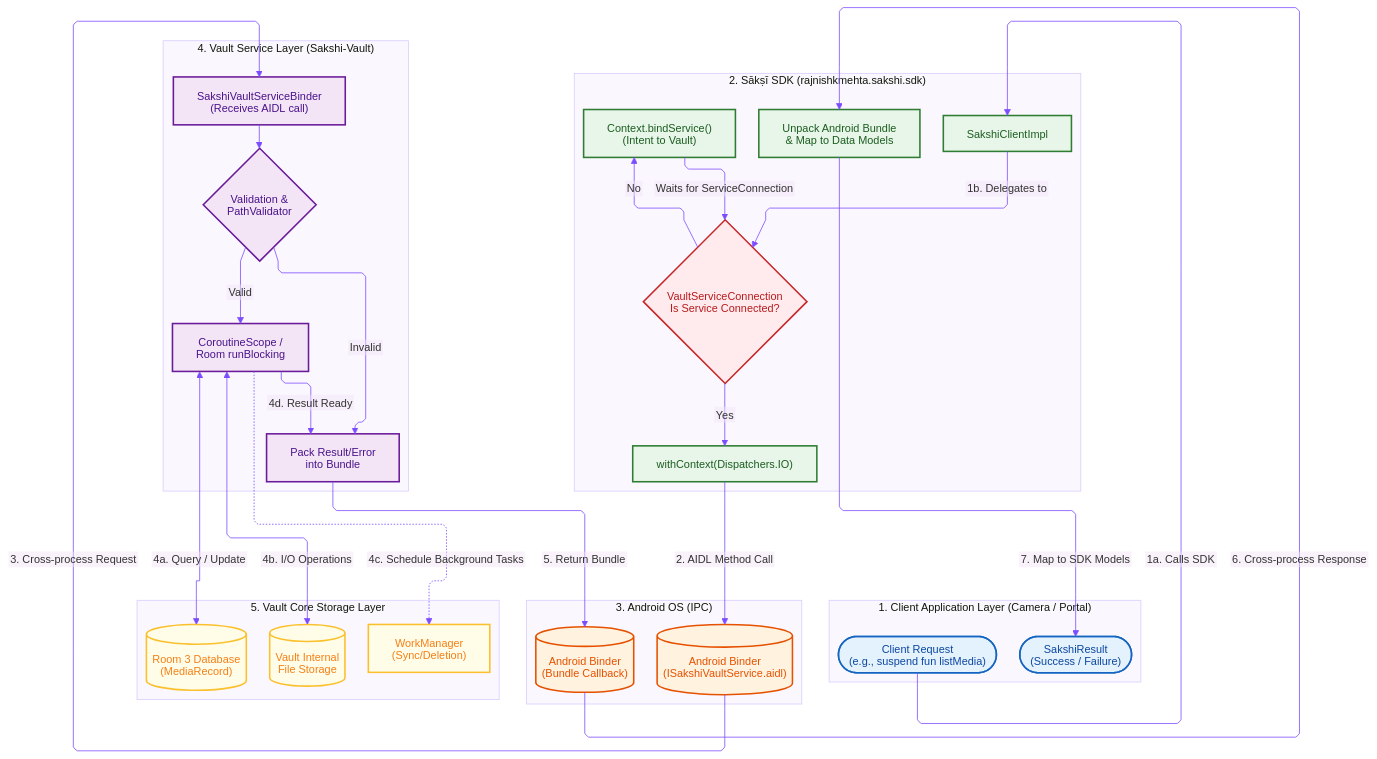
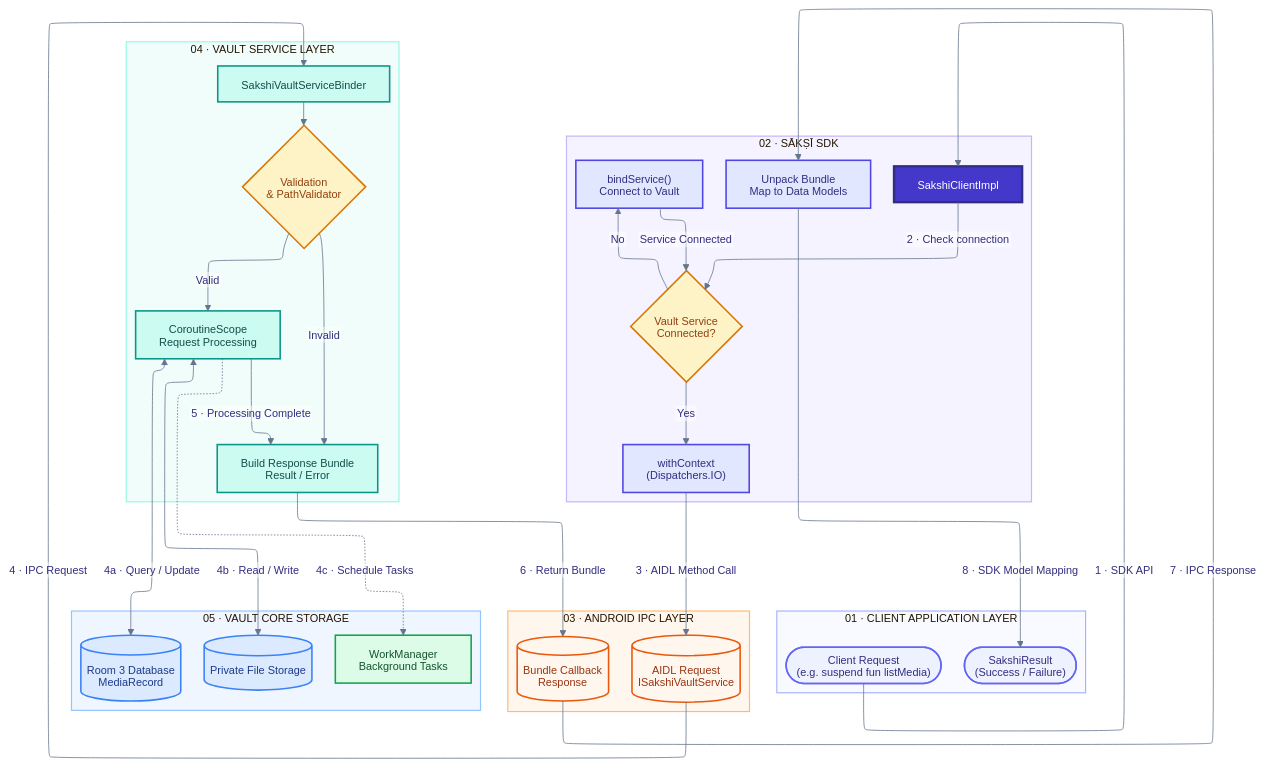
One commit to RajnishKMehta/Sakshi-All changed the diagram in 00_docs/developer-guide/concepts/architecture-flow.md. Above: the diagram before and after it, drawn with Mermaid.

````diff
--- a/00_docs/developer-guide/concepts/architecture-flow.md
+++ b/00_docs/developer-guide/concepts/architecture-flow.md
@@ -8,120 +8,128 @@
   layout: elk
   theme: base
   look: classic
-
-  # Typography
-  fontFamily: "Arial, sans-serif"
+  fontFamily: "Inter, Arial, sans-serif"
   htmlLabels: false
 
-  # Diagram colors and appearance
   themeVariables:
-    background: "#ffffff"
-
-    primaryColor: "#ffffff"
-    primaryTextColor: "#333333"
-    primaryBorderColor: "#7c4dff"
-
-    secondaryColor: "#f3e5f5"
-    secondaryTextColor: "#4a3b59"
-
-    tertiaryColor: "#ede7f6"
-    lineColor: "#7c4dff"
-    textColor: "#333333"
-
-    # Edge labels
-    edgeLabelBackground: "#f3e5f5"
-
-    # Subgraph containers
-    clusterBkg: "#faf7ff"
-    clusterBorder: "#d8ccff"
-
-    # Nodes and connections
-    nodeTextColor: "#333333"
-    defaultLinkColor: "#7c4dff"
-
-    # Font size
+    background: "#F8FAFC"
+    primaryColor: "#EEF2FF"
+    primaryTextColor: "#312E81"
+    primaryBorderColor: "#6366F1"
+    secondaryColor: "#CCFBF1"
+    secondaryTextColor: "#134E4A"
+    tertiaryColor: "#DBEAFE"
+    lineColor: "#64748B"
+    textColor: "#1E293B"
+    edgeLabelBackground: "#FFFFFF"
+    clusterBkg: "#FFFFFF"
+    clusterBorder: "#CBD5E1"
+    nodeTextColor: "#1E293B"
+    defaultLinkColor: "#64748B"
     fontSize: "14px"
 
-  # Flowchart layout
   flowchart:
-    nodeSpacing: 60
+    nodeSpacing: 55
     rankSpacing: 75
-    diagramPadding: 20
-    curve: linear
+    diagramPadding: 24
+    curve: basis
     inheritDir: true
+
 ---
-flowchart
-    %% Definitions
-    subgraph ClientLayer ["1. Client Application Layer (Camera / Portal)"]
-        ClientReq(["Client Request\n(e.g., suspend fun listMedia)"])
-        ClientRes(["SakshiResult\n(Success / Failure)"])
+flowchart TD
+
+    %% 1. CLIENT APPLICATION LAYER
+    subgraph ClientLayer["01 · CLIENT APPLICATION LAYER"]
+        direction LR
+        ClientReq(["Client Request<br/>(e.g. suspend fun listMedia)"])
+        ClientRes(["SakshiResult<br/>(Success / Failure)"])
     end
 
-    subgraph SDKLayer ["2. Sākṣī SDK (rajnishkmehta.sakshi.sdk)"]
+    %% 2. SDK LAYER
+    subgraph SDKLayer["02 · SĀKṢĪ SDK"]
+        direction TB
         SakshiClient["SakshiClientImpl"]
-        CheckConn{"VaultServiceConnection\nIs Service Connected?"}
-        BindService["Context.bindService()\n(Intent to Vault)"]
-        DispatchIO["withContext(Dispatchers.IO)"]
-        Unpack["Unpack Android Bundle\n& Map to Data Models"]
+        CheckConn{"Vault Service<br/>Connected?"}
+        BindService["bindService()<br/>Connect to Vault"]
+        DispatchIO["withContext<br/>(Dispatchers.IO)"]
+        Unpack["Unpack Bundle<br/>Map to Data Models"]
     end
 
-    subgraph OS ["3. Android OS (IPC)"]
-        BinderReq[("Android Binder\n(ISakshiVaultService.aidl)")]
-        BinderRes[("Android Binder\n(Bundle Callback)")]
+    %% 3. ANDROID IPC LAYER
+    subgraph OS["03 · ANDROID IPC LAYER"]
+        direction LR
+        BinderReq[("AIDL Request<br/>ISakshiVaultService")]
+        BinderRes[("Bundle Callback<br/>Response")]
     end
 
-    subgraph VaultLayer ["4. Vault Service Layer (Sakshi-Vault)"]
-        VaultBinder["SakshiVaultServiceBinder\n(Receives AIDL call)"]
-        Validate{"Validation &\nPathValidator"}
-        Processing["CoroutineScope /\nRoom runBlocking"]
-        PackBundle["Pack Result/Error\ninto Bundle"]
+    %% 4. VAULT SERVICE LAYER
+    subgraph VaultLayer["04 · VAULT SERVICE LAYER"]
+        direction TB
+        VaultBinder["SakshiVaultServiceBinder"]
+        Validate{"Validation<br/>& PathValidator"}
+        Processing["CoroutineScope<br/>Request Processing"]
+        PackBundle["Build Response Bundle<br/>Result / Error"]
     end
 
-    subgraph StorageLayer ["5. Vault Core Storage Layer"]
-        DB[("Room 3 Database\n(MediaRecord)")]
-        FileStore[("Vault Internal\nFile Storage")]
-        WorkManager["WorkManager\n(Sync/Deletion)"]
+    %% 5. CORE STORAGE LAYER
+    subgraph StorageLayer["05 · VAULT CORE STORAGE"]
+        direction LR
+        DB[("Room 3 Database<br/>MediaRecord")]
+        FileStore[("Private File Storage")]
+        WorkManager["WorkManager<br/>Background Tasks"]
     end
 
-    %% Flow - Request Phase
-    ClientReq -->|1a. Calls SDK| SakshiClient
-    SakshiClient -->|1b. Delegates to| CheckConn
-    CheckConn -- "No" --> BindService
-    BindService --> |"Waits for ServiceConnection"| CheckConn
-    CheckConn -- "Yes" --> DispatchIO
+    %% REQUEST FLOW
+    ClientReq -->|"1 · SDK API"| SakshiClient
+    SakshiClient -->|"2 · Check connection"| CheckConn
 
-    DispatchIO -->|2. AIDL Method Call| BinderReq
-    BinderReq -->|3. Cross-process Request| VaultBinder
+    CheckConn -->|"No"| BindService
+    BindService -->|"Service Connected"| CheckConn
+    CheckConn -->|"Yes"| DispatchIO
 
-    %% Flow - Vault Processing Phase
+    DispatchIO -->|"3 · AIDL Method Call"| BinderReq
+    BinderReq -->|"4 · IPC Request"| VaultBinder
+
+    %% VAULT PROCESSING
     VaultBinder --> Validate
-    Validate -- "Valid" --> Processing
-    Validate -- "Invalid" --> PackBundle
 
-    Processing <-->|4a. Query / Update| DB
-    Processing <-->|4b. I/O Operations| FileStore
-    Processing -.->|4c. Schedule Background Tasks| WorkManager
+    Validate -->|"Valid"| Processing
+    Validate -->|"Invalid"| PackBundle
 
-    Processing -->|4d. Result Ready| PackBundle
+    Processing <-->|"4a · Query / Update"| DB
+    Processing <-->|"4b · Read / Write"| FileStore
+    Processing -.->|"4c · Schedule Tasks"| WorkManager
 
-    %% Flow - Response Phase
-    PackBundle -->|5. Return Bundle| BinderRes
-    BinderRes -->|6. Cross-process Response| Unpack
-    Unpack -->|7. Map to SDK Models| ClientRes
+    Processing -->|"5 · Processing Complete"| PackBundle
 
-    %% Styling classes
-    classDef client fill:#e3f2fd,stroke:#1565c0,stroke-width:2px,color:#0d47a1
-    classDef sdk fill:#e8f5e9,stroke:#2e7d32,stroke-width:2px,color:#1b5e20
-    classDef os fill:#fff3e0,stroke:#e65100,stroke-width:2px,color:#e65100
-    classDef vault fill:#f3e5f5,stroke:#6a1b9a,stroke-width:2px,color:#4a148c
-    classDef storage fill:#fffde7,stroke:#fbc02d,stroke-width:2px,color:#f57f17
-    classDef check fill:#ffebee,stroke:#c62828,stroke-width:2px,color:#b71c1c
+    %% RESPONSE FLOW
+    PackBundle -->|"6 · Return Bundle"| BinderRes
+    BinderRes -->|"7 · IPC Response"| Unpack
+    Unpack -->|"8 · SDK Model Mapping"| ClientRes
 
-    %% Apply styles
+    %% NODE STYLES
+    classDef client fill:#EEF2FF,stroke:#6366F1,stroke-width:2px,color:#312E81
+    classDef sdk fill:#E0E7FF,stroke:#4F46E5,stroke-width:2px,color:#312E81
+    classDef sdkCore fill:#4338CA,stroke:#312E81,stroke-width:3px,color:#FFFFFF
+    classDef decision fill:#FEF3C7,stroke:#D97706,stroke-width:2px,color:#92400E
+    classDef os fill:#FFF7ED,stroke:#EA580C,stroke-width:2px,color:#9A3412
+    classDef vault fill:#CCFBF1,stroke:#0D9488,stroke-width:2px,color:#134E4A
+    classDef storage fill:#DBEAFE,stroke:#3B82F6,stroke-width:2px,color:#1E3A8A
+    classDef background fill:#DCFCE7,stroke:#16A34A,stroke-width:2px,color:#14532D
+
     class ClientReq,ClientRes client
-    class SakshiClient,BindService,DispatchIO,Unpack sdk
-    class CheckConn check
+    class SakshiClient sdkCore
+    class BindService,DispatchIO,Unpack sdk
+    class CheckConn,Validate decision
     class BinderReq,BinderRes os
-    class VaultBinder,Validate,Processing,PackBundle vault
-    class DB,FileStore,WorkManager storage
+    class VaultBinder,Processing,PackBundle vault
+    class DB,FileStore storage
+    class WorkManager background
+
+    %% LAYER STYLES
+    style ClientLayer fill:#F8FAFF,stroke:#A5B4FC,stroke-width:1.5px,color:#3730A3
+    style SDKLayer fill:#F5F3FF,stroke:#C4B5FD,stroke-width:1.5px,color:#5B21B6
+    style OS fill:#FFF7ED,stroke:#FDBA74,stroke-width:1.5px,color:#9A3412
+    style VaultLayer fill:#F0FDFA,stroke:#99F6E4,stroke-width:1.5px,color:#115E59
+    style StorageLayer fill:#EFF6FF,stroke:#93C5FD,stroke-width:1.5px,color:#1E40AF
 ```
````
